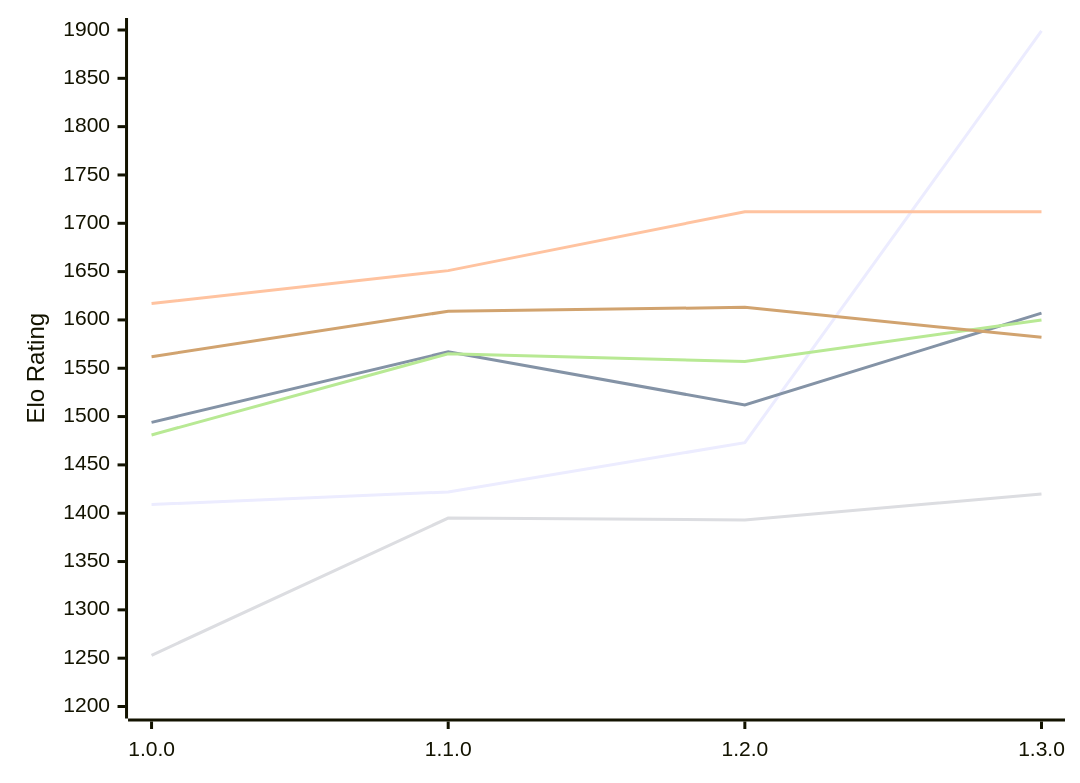
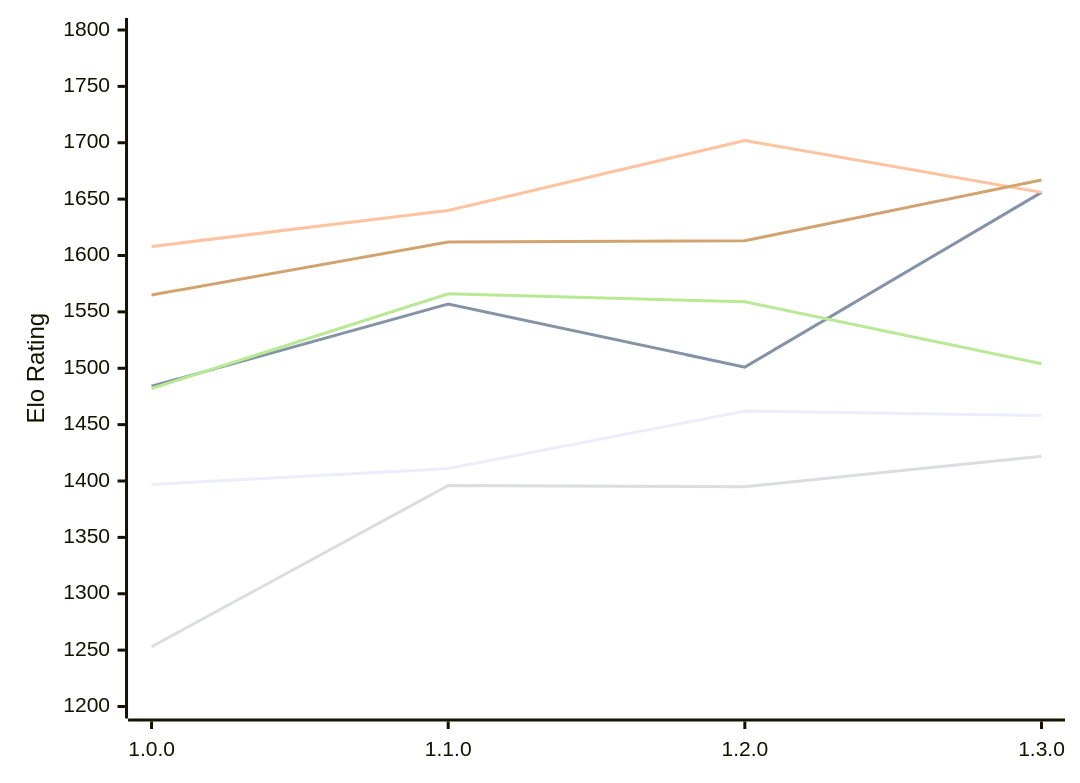
Before and after one commit to computer-chess-index/cci: the diagram in engines/Klak.md, drawn with Mermaid. The commit also changed other lines of this file, not shown here.

Commit message:
Update CCI Ratings (ELO VLTC) - 2026-11-18

````diff
--- a/engines/Klak.md
+++ b/engines/Klak.md
@@ -53,12 +53,12 @@
 ```mermaid
 %%{init: {"theme":"base","themeVariables":{"seriesColors:['#a3a3a3','#222221','#faa371']}}}%%
 xychart-beta
   x-axis ["1.0.0", "1.1.0", "1.2.0", "1.3.0"]
-  y-axis "Elo Rating" 1200 --> 1900
-  line "E1: STC (8.0+0.08s)" [1409, 1422, 1473, 1899]
-  line "E1: LTC (60.0+0.60s)" [1494, 1567, 1512, 1607]
-  line "E1: VLTC (2m24s+1.12s)" [1617, 1651, 1712, 1712]
-  line "P1: STC (8.0+0.08s)" [1253, 1395, 1393, 1420]
-  line "P1: LTC (60.0+0.60s)" [1481, 1565, 1557, 1600]
-  line "P1: VLTC (2m24s+1.12s)" [1562, 1609, 1613, 1582]
+  y-axis "Elo Rating" 1200 --> 1800
+  line "E1: STC (8.0+0.08s)" [1397, 1411, 1462, 1458]
+  line "E1: LTC (60.0+0.60s)" [1484, 1557, 1501, 1656]
+  line "E1: VLTC (2m24s+1.12s)" [1608, 1640, 1702, 1656]
+  line "P1: STC (8.0+0.08s)" [1253, 1396, 1395, 1422]
+  line "P1: LTC (60.0+0.60s)" [1482, 1566, 1559, 1504]
+  line "P1: VLTC (2m24s+1.12s)" [1565, 1612, 1613, 1667]
 ```
````
